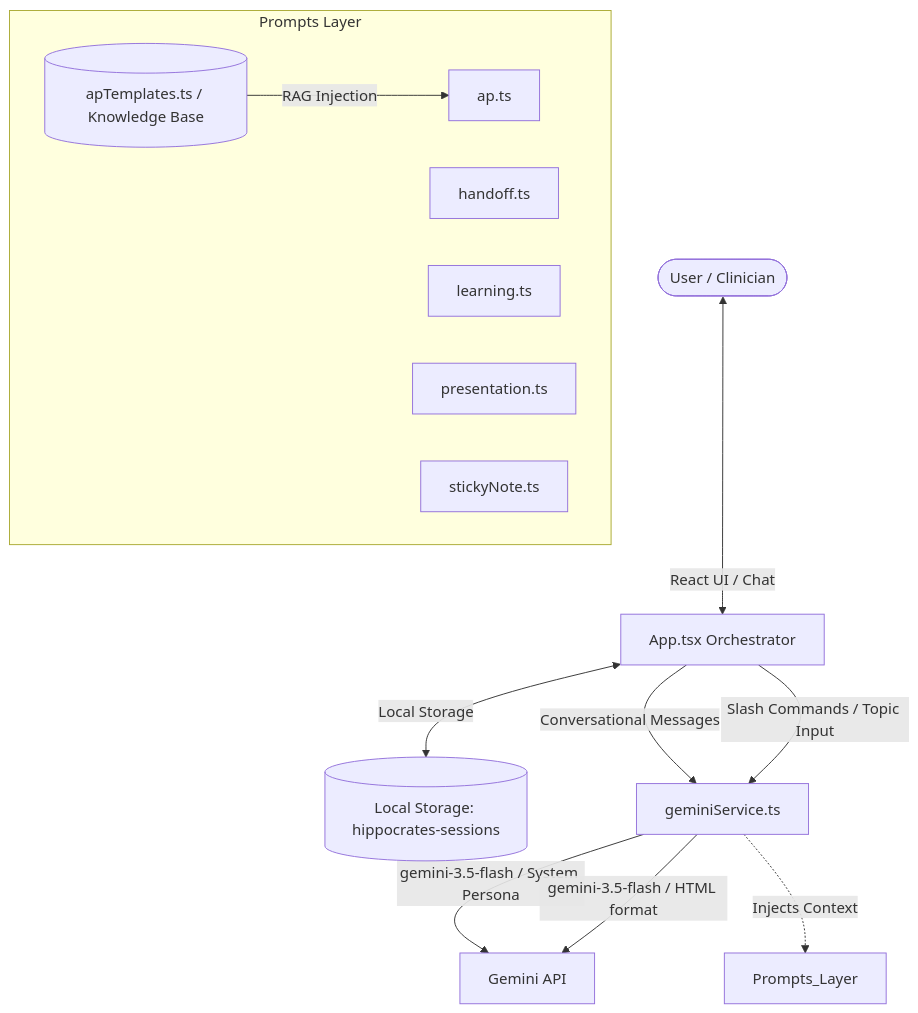
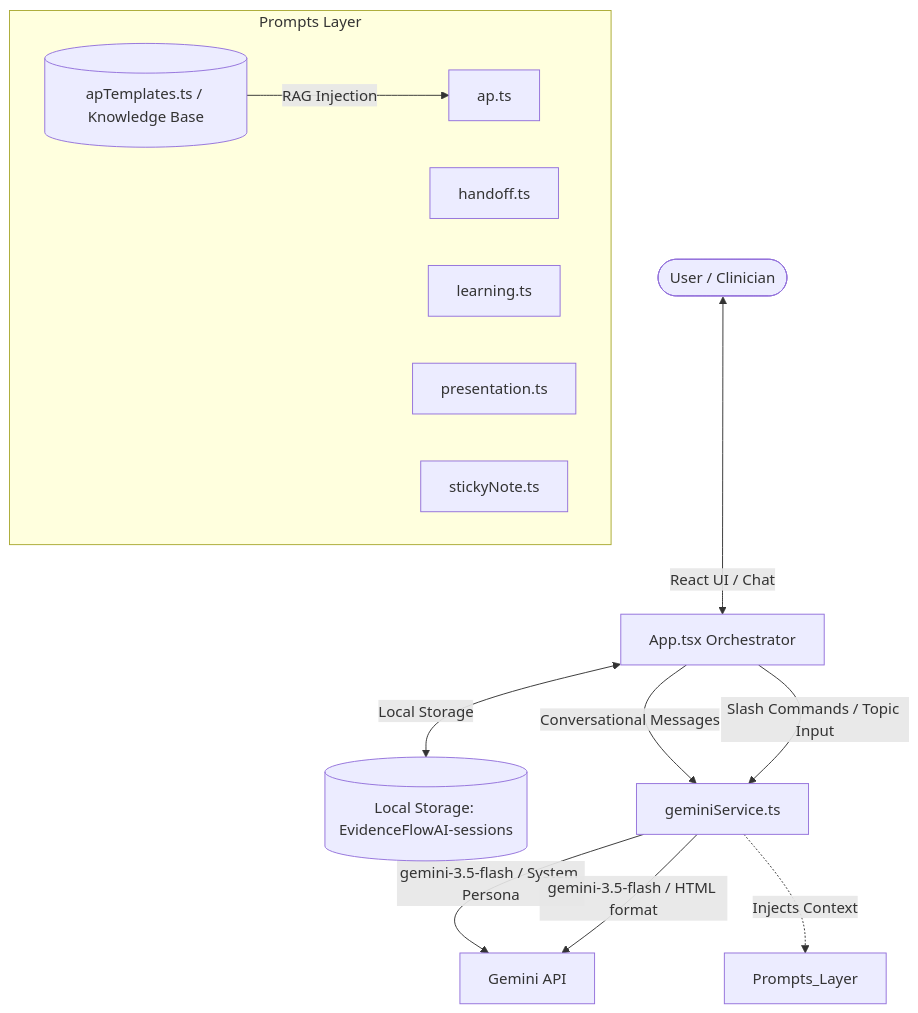
The diagram in PROJECT_DOCUMENTATION.md (drsku6/Hippocrates), drawn with Mermaid before and after one commit. The commit also changed other lines of this file and 9 other files, not shown here.

Commit message:
chore: global rename of Hippocrates to EvidenceFlowAI across codebase and docs

````diff
--- a/PROJECT_DOCUMENTATION.md
+++ b/PROJECT_DOCUMENTATION.md
@@ -12,22 +12,22 @@
 ```mermaid
 graph TD
     User([User / Clinician]) <--> |React UI / Chat| App[App.tsx Orchestrator]
-    App <--> |Local Storage| LS[(Local Storage: hippocrates-sessions)]
+    App <--> |Local Storage| LS[(Local Storage: EvidenceFlowAI-sessions)]
     App --> |Conversational Messages| GS[geminiService.ts]
     App --> |Slash Commands / Topic Input| GS
     GS --> |gemini-3.5-flash / System Persona| G_API[Gemini API]
     GS --> |gemini-3.5-flash / HTML format| G_API
     
     subgraph Prompts Layer
         ap[ap.ts]
         handoff[handoff.ts]
         learning[learning.ts]
         presentation[presentation.ts]
         sticky[stickyNote.ts]
         templates[(apTemplates.ts / Knowledge Base)]
     end
     
     templates --> |RAG Injection| ap
     
     GS -.-> |Injects Context| Prompts_Layer
 ```
````
